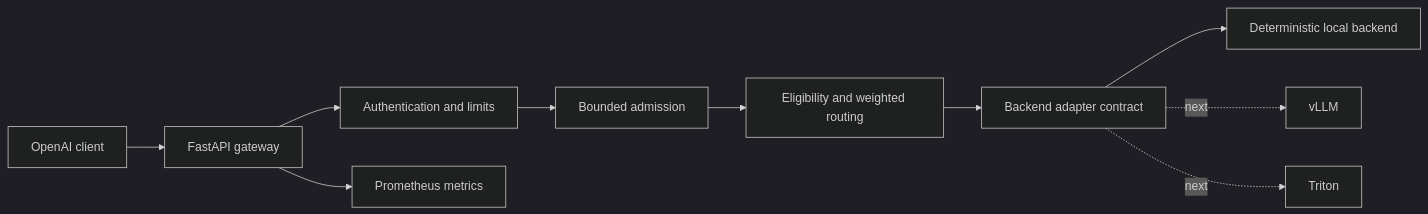
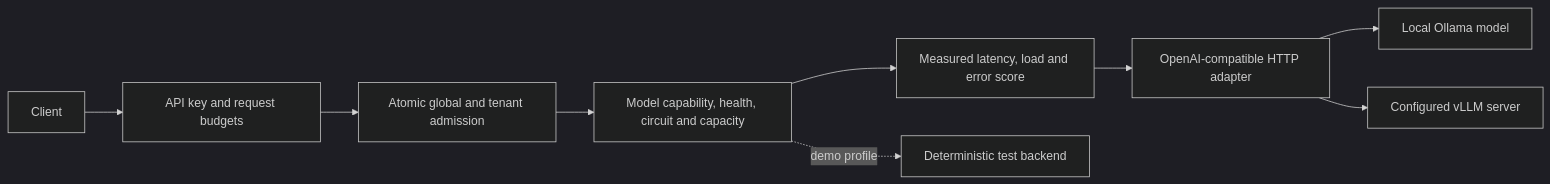
The diagram in README.md (bprithiraj/InferenceMesh), drawn with Mermaid (dark theme) before and after one commit. The commit also changed other lines of this file and 34 other files, not shown here.

````diff
--- a/README.md
+++ b/README.md
@@ -29,12 +52,11 @@
 ```mermaid
 flowchart LR
-    Client["OpenAI client"] --> API["FastAPI gateway"]
-    API --> Auth["Authentication and limits"]
-    Auth --> Admission["Bounded admission"]
-    Admission --> Router["Eligibility and weighted routing"]
-    Router --> Adapter["Backend adapter contract"]
-    Adapter --> Local["Deterministic local backend"]
-    Adapter -. next .-> VLLM["vLLM"]
-    Adapter -. next .-> Triton["Triton"]
-    API --> Metrics["Prometheus metrics"]
+    Client --> Auth[API key and request budgets]
+    Auth --> Queue[Atomic global and tenant admission]
+    Queue --> Router[Model capability, health, circuit and capacity]
+    Router --> Score[Measured latency, load and error score]
+    Score --> HTTP[OpenAI-compatible HTTP adapter]
+    HTTP --> Ollama[Local Ollama model]
+    HTTP --> VLLM[Configured vLLM server]
+    Router -. demo profile .-> Fake[Deterministic test backend]
 ```
````
